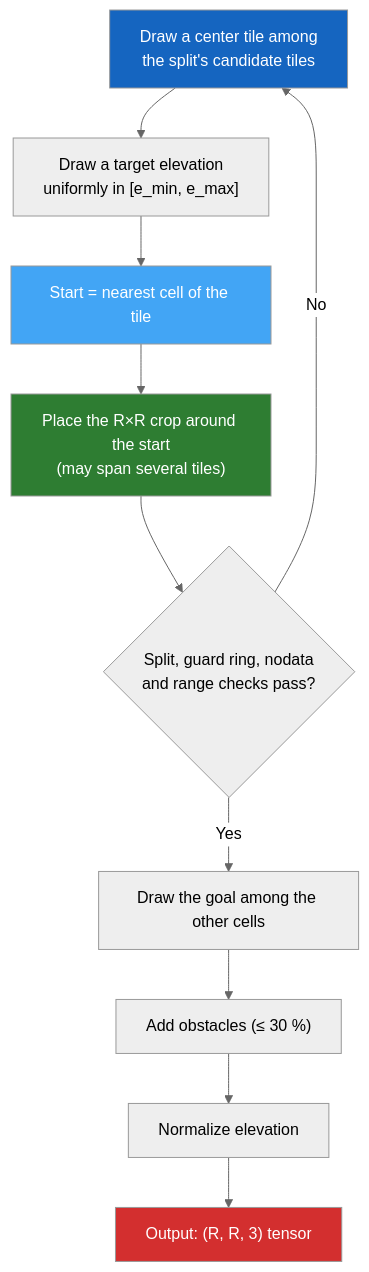
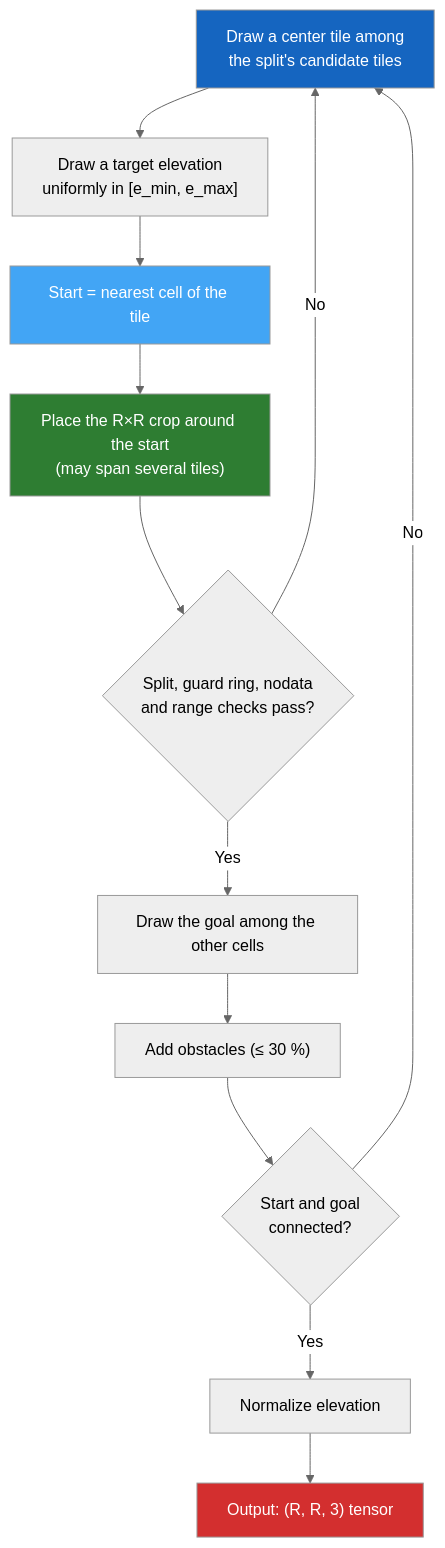
The second of 2 diagrams in docs/generation/sampling.md (ThalesGroup/passage), drawn with Mermaid (neutral theme) before and after one commit. The commit also changed other lines of this file and 36 other files, not shown here.

````diff
--- a/docs/generation/sampling.md
+++ b/docs/generation/sampling.md
@@ -147,17 +148,19 @@
 ```mermaid
 flowchart TD
     A["Draw a center tile among<br>the split's candidate tiles"] --> B["Draw a target elevation<br>uniformly in [e_min, e_max]"]
     B --> C[Start = nearest cell of the tile]
     C --> D["Place the R×R crop around the start<br>(may span several tiles)"]
     D --> E{"Split, guard ring, nodata<br>and range checks pass?"}
     E -->|No| A
     E -->|Yes| F[Draw the goal among the other cells]
     F --> G["Add obstacles (≤ 30 %)"]
-    G --> H[Normalize elevation]
+    G --> K{"Start and goal<br>connected?"}
+    K -->|No| A
+    K -->|Yes| H[Normalize elevation]
     H --> L["Output: (R, R, 3) tensor"]
 
     style A fill:#1565C0,color:#fff
     style C fill:#42A5F5,color:#fff
     style D fill:#2E7D32,color:#fff
     style L fill:#D32F2F,color:#fff
 ```
````
